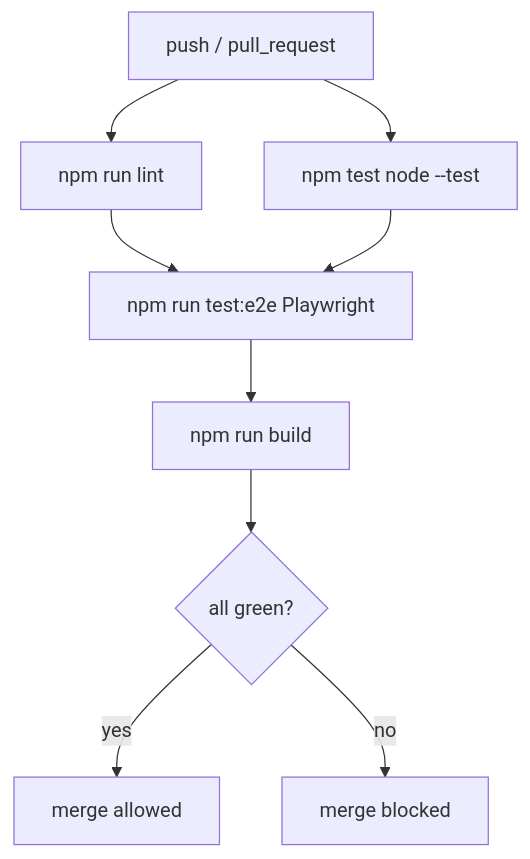
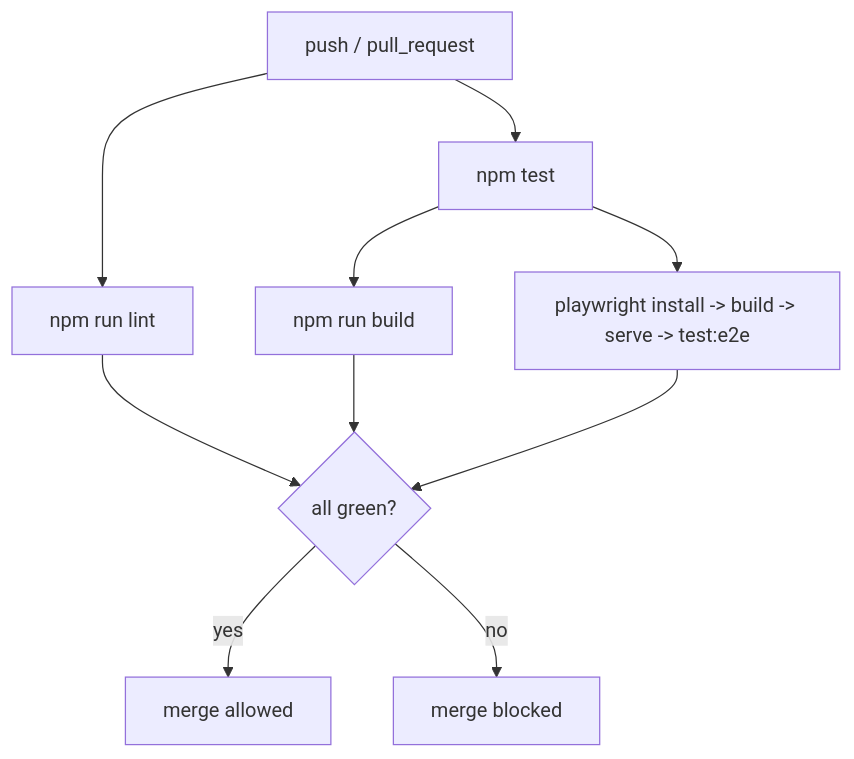
Before and after one commit to natleewhee/natdtm: the second of 2 diagrams in docs/plans/2026-08-30-natdtm-craft-roadmap.md, drawn with Mermaid. The commit also changed other lines of this file, not shown here.

First line of the commit message:
docs: enrich craft roadmap to implementation-ready (hardening only)

````diff
--- a/docs/plans/2026-08-30-natdtm-craft-roadmap.md
+++ b/docs/plans/2026-08-30-natdtm-craft-roadmap.md
@@ -169,11 +159,12 @@
 ```mermaid
 flowchart TB
   push[push / pull_request] --> lint[npm run lint]
-  push --> unit[npm test  node --test]
-  lint --> e2e[npm run test:e2e  Playwright]
-  unit --> e2e
-  e2e --> build[npm run build]
-  build --> gate{all green?}
+  push --> unit[npm test]
+  unit --> build[npm run build]
+  unit --> e2e[playwright install -> build -> serve -> test:e2e]
+  lint --> gate{all green?}
+  build --> gate
+  e2e --> gate
   gate -->|yes| merge[merge allowed]
   gate -->|no| block[merge blocked]
 ```
````
